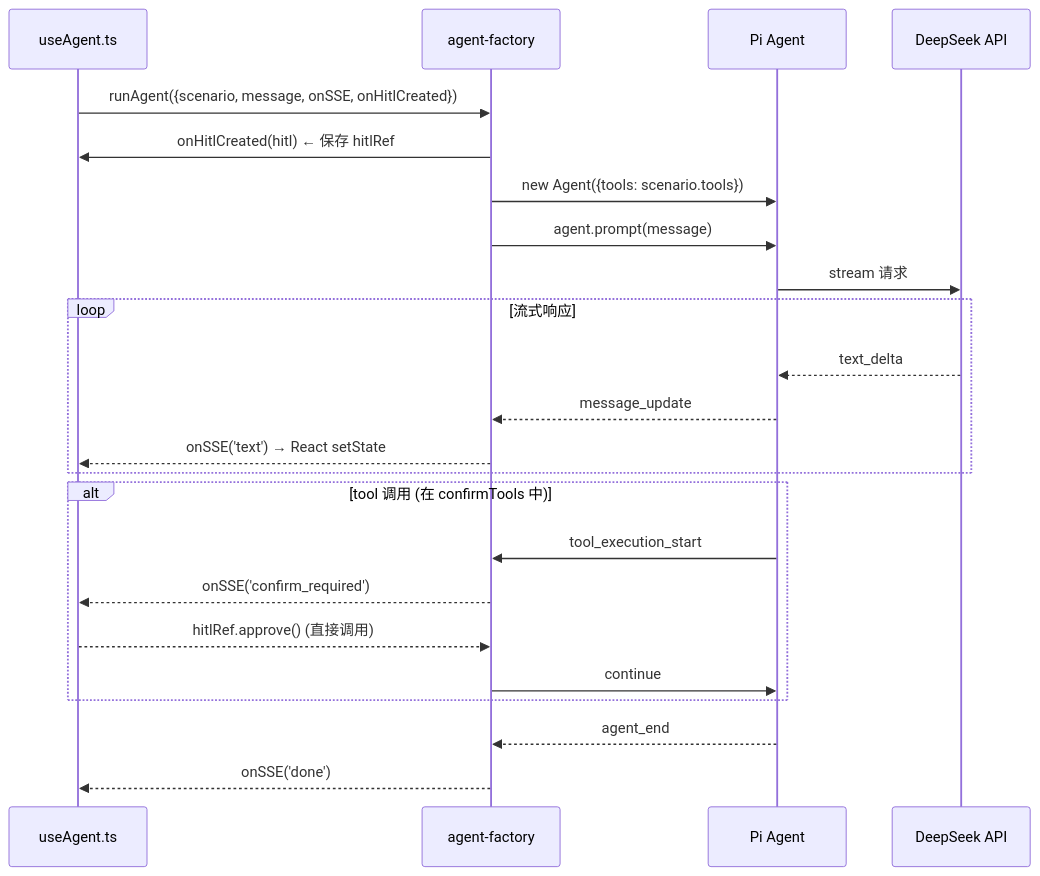
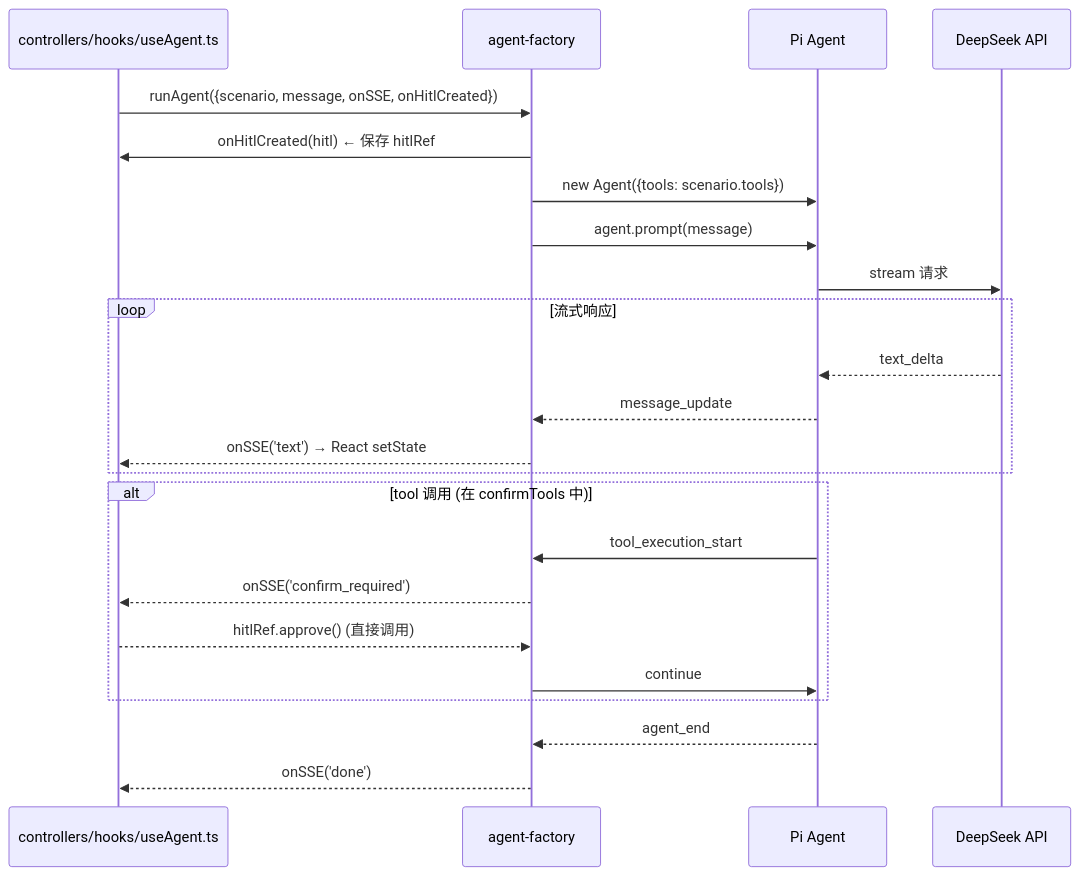
Before and after one commit to yjzaaa/leave-approval-agent: the third of 4 diagrams in src/agent/CLAUDE.md, drawn with Mermaid. The commit also changed other lines of this file and 126 other files, not shown here.

````diff
--- a/src/agent/CLAUDE.md
+++ b/src/agent/CLAUDE.md
@@ -100,29 +100,29 @@
 ```mermaid
 sequenceDiagram
-    participant Browser as useAgent.ts
+    participant Browser as controllers/hooks/useAgent.ts
     participant Factory as agent-factory
     participant Agent as Pi Agent
     participant API as DeepSeek API
 
     Browser->>Factory: runAgent({scenario, message, onSSE, onHitlCreated})
     Factory->>Browser: onHitlCreated(hitl) ← 保存 hitlRef
     Factory->>Agent: new Agent({tools: scenario.tools})
     Factory->>Agent: agent.prompt(message)
     Agent->>API: stream 请求
 
     loop 流式响应
         API-->>Agent: text_delta
         Agent-->>Factory: message_update
         Factory-->>Browser: onSSE('text') → React setState
     end
 
     alt tool 调用 (在 confirmTools 中)
         Agent->>Factory: tool_execution_start
         Factory-->>Browser: onSSE('confirm_required')
         Browser-->>Factory: hitlRef.approve() (直接调用)
         Factory->>Agent: continue
     end
 
     Agent-->>Factory: agent_end
     Factory-->>Browser: onSSE('done')
 ```
````
